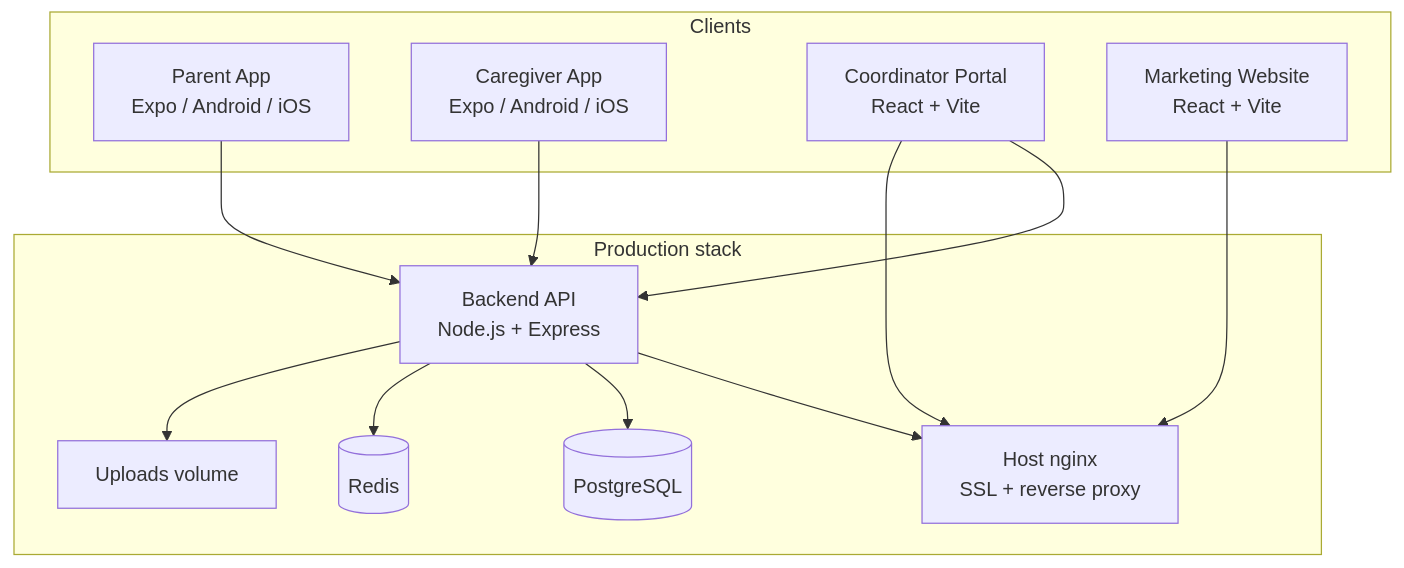
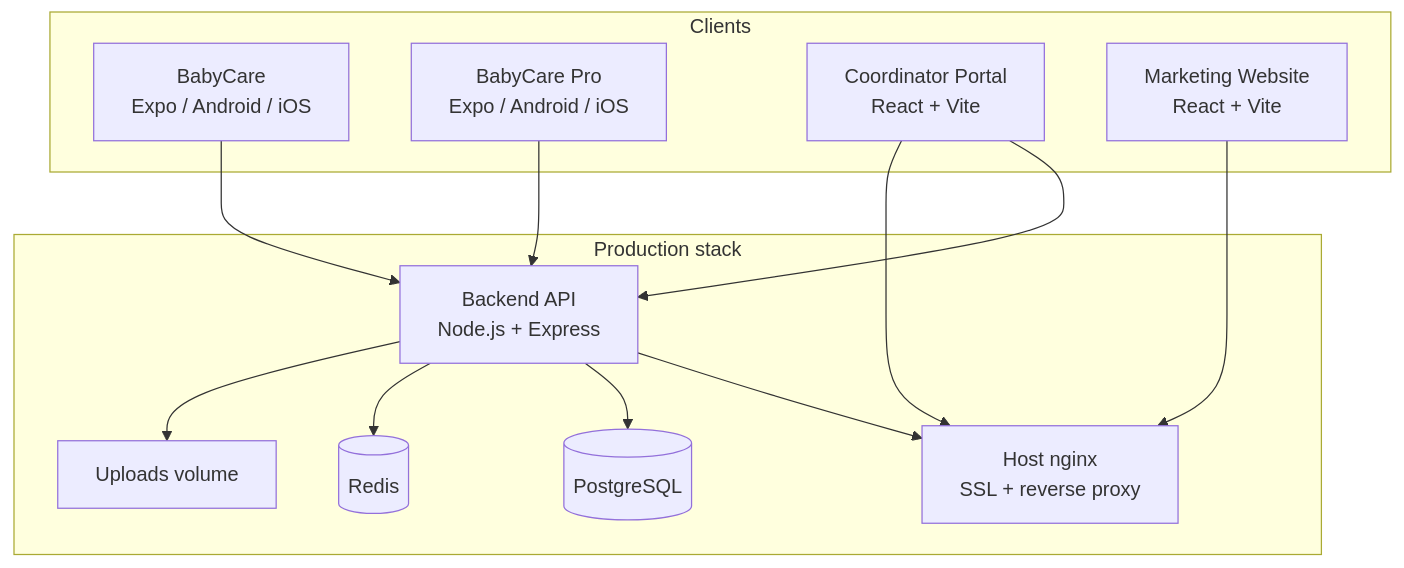
The diagram in README.md (CodefirstTechnology/HappyHands-Chid), drawn with Mermaid before and after one commit. The commit also changed other lines of this file and 383 other files, not shown here.

````diff
--- a/README.md
+++ b/README.md
@@ -29,27 +29,27 @@
 ```mermaid
 flowchart TB
   subgraph clients [Clients]
-    PA[Parent App<br/>Expo / Android / iOS]
-    CG[Caregiver App<br/>Expo / Android / iOS]
+    PA[BabyCare<br/>Expo / Android / iOS]
+    CG[BabyCare Pro<br/>Expo / Android / iOS]
     CO[Coordinator Portal<br/>React + Vite]
     WEB[Marketing Website<br/>React + Vite]
   end
 
   subgraph infra [Production stack]
     NGX[Host nginx<br/>SSL + reverse proxy]
     API[Backend API<br/>Node.js + Express]
     PG[(PostgreSQL)]
     RD[(Redis)]
     UP[Uploads volume]
   end
 
   PA --> API
   CG --> API
   CO --> API
   WEB --> NGX
   CO --> NGX
   API --> NGX
   API --> PG
   API --> RD
   API --> UP
 ```
````
